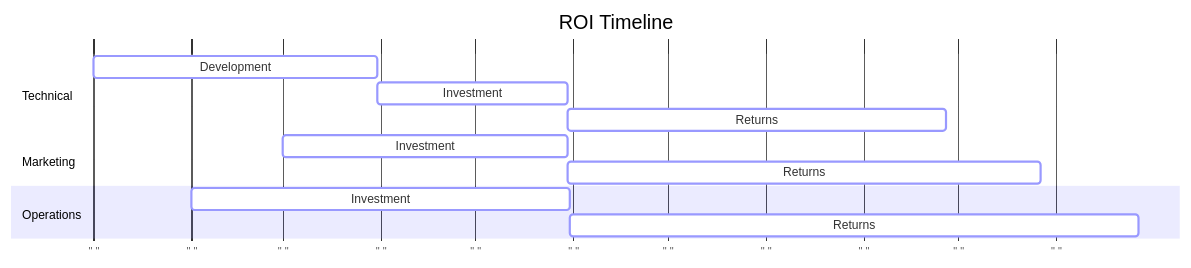
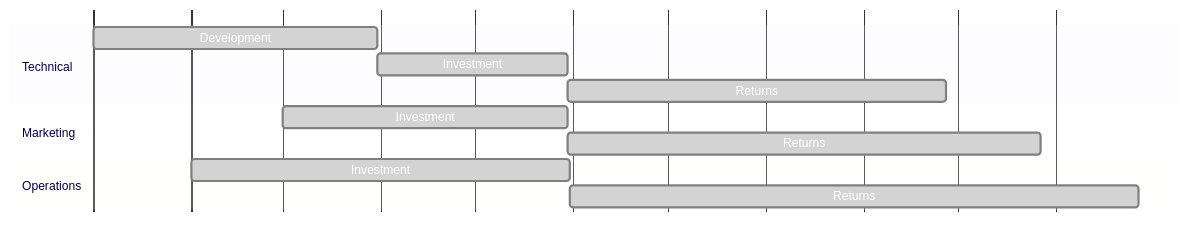
The third of 14 diagrams in docs/whitepaper/product-features.md (MEMEFANS/memefans), drawn with Mermaid before and after one commit. The commit also changed other lines of this file, not shown here.

Commit message:
简化ROI时间轴：优化主题配置和样式

````diff
--- a/docs/whitepaper/product-features.md
+++ b/docs/whitepaper/product-features.md
@@ -139,34 +139,32 @@
 ```mermaid
 gantt
     %%{init: {
         'theme': 'base',
         'themeVariables': {
-            'fontFamily': 'arial',
-            'backgroundColor': '#ffffff',
-            'tertiaryColor': '#ffffff',
             'primaryColor': '#9999ff',
-            'secondaryColor': '#9999ff',
+            'primaryTextColor': '#fff',
+            'primaryBorderColor': '#7777ff',
+            'lineColor': '#ffffff',
             'gridColor': '#ffffff',
-            'textColor': '#333333',
-            'lineColor': '#ffffff'
+            'sectionBkgColor': '#f5f5ff',
+            'sectionBkgColor2': '#fffff5'
         }
     }}%%
     
-    title ROI Timeline
     dateFormat YYYY-MM-DD
-    axisFormat " "
+    axisFormat ""
     todayMarker off
     
     section Technical
-    Development :active, dev1, 2024-01-01, 90d
-    Investment  :active, inv1, after dev1, 60d
-    Returns     :active, ret1, after inv1, 120d
+    Development :done, dev1, 2024-01-01, 90d
+    Investment  :done, inv1, after dev1, 60d
+    Returns     :done, ret1, after inv1, 120d
     
     section Marketing
-    Investment  :active, inv2, 2024-03-01, 90d
-    Returns     :active, ret2, after inv2, 150d
+    Investment  :done, inv2, 2024-03-01, 90d
+    Returns     :done, ret2, after inv2, 150d
     
     section Operations
-    Investment  :active, inv3, 2024-02-01, 120d
-    Returns     :active, ret3, after inv3, 180d
+    Investment  :done, inv3, 2024-02-01, 120d
+    Returns     :done, ret3, after inv3, 180d
 ```
````
